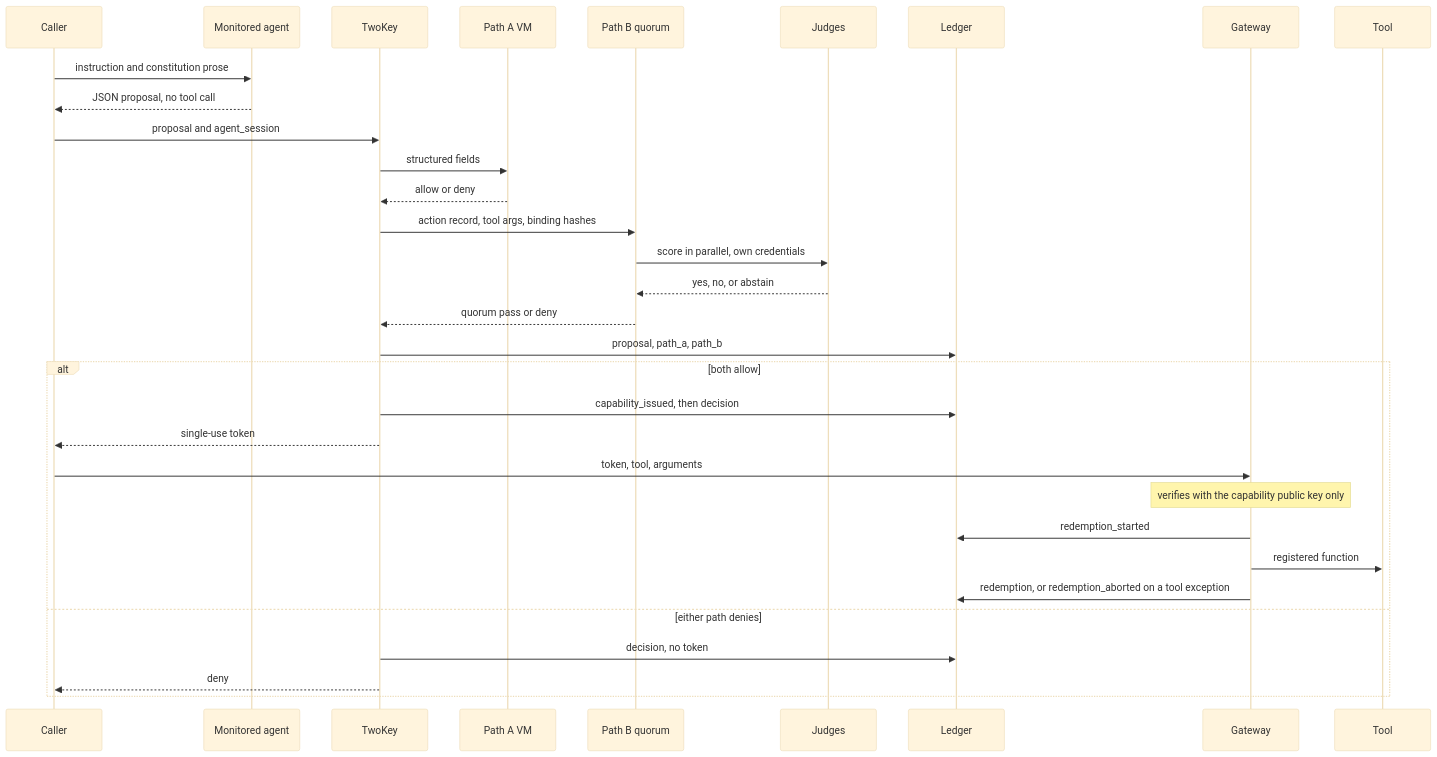
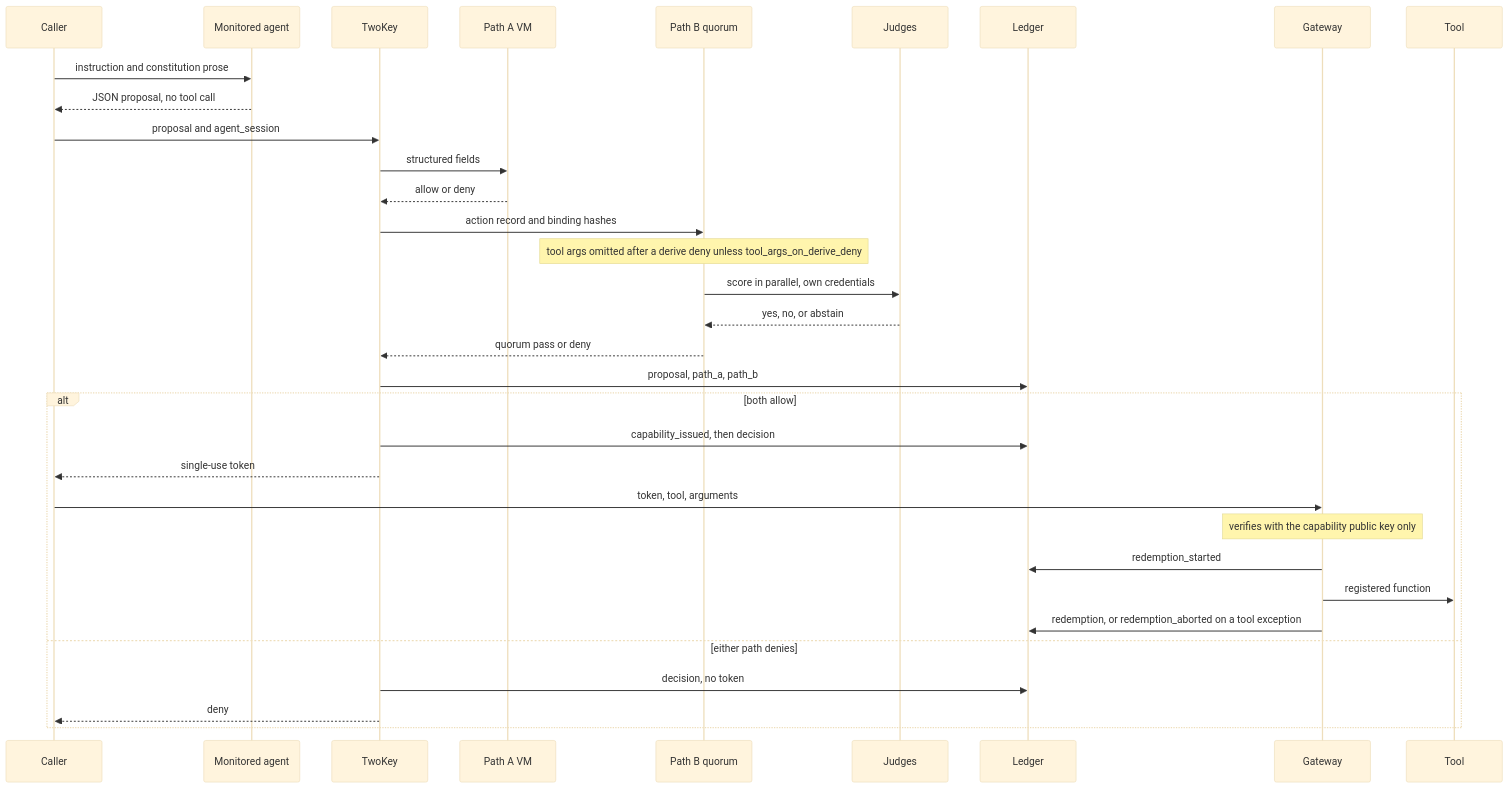
The second of 2 diagrams in README.md (Insomniac-VibeLabs/two-key-concept), drawn with Mermaid (base theme) before and after one commit. The commit also changed other lines of this file and 21 other files, not shown here.

First line of the commit message:
Withhold derive-deny arguments, drop unnamed keys, and allow-list parties.

````diff
--- a/README.md
+++ b/README.md
@@ -110,35 +120,36 @@
 ```mermaid
 sequenceDiagram
   participant Caller
   participant Agent as Monitored agent
   participant TwoKey
   participant PathA as Path A VM
   participant PathB as Path B quorum
   participant Judge as Judges
   participant Ledger
   participant Gateway
   participant Tool
 
   Caller->>Agent: instruction and constitution prose
   Agent-->>Caller: JSON proposal, no tool call
   Caller->>TwoKey: proposal and agent_session
   TwoKey->>PathA: structured fields
   PathA-->>TwoKey: allow or deny
-  TwoKey->>PathB: action record, tool args, binding hashes
+  TwoKey->>PathB: action record and binding hashes
+  Note over PathB: tool args omitted after a derive deny unless tool_args_on_derive_deny
   PathB->>Judge: score in parallel, own credentials
   Judge-->>PathB: yes, no, or abstain
   PathB-->>TwoKey: quorum pass or deny
   TwoKey->>Ledger: proposal, path_a, path_b
   alt both allow
     TwoKey->>Ledger: capability_issued, then decision
     TwoKey-->>Caller: single-use token
     Caller->>Gateway: token, tool, arguments
     Note over Gateway: verifies with the capability public key only
     Gateway->>Ledger: redemption_started
     Gateway->>Tool: registered function
     Gateway->>Ledger: redemption, or redemption_aborted on a tool exception
   else either path denies
     TwoKey->>Ledger: decision, no token
     TwoKey-->>Caller: deny
   end
 ```
````
